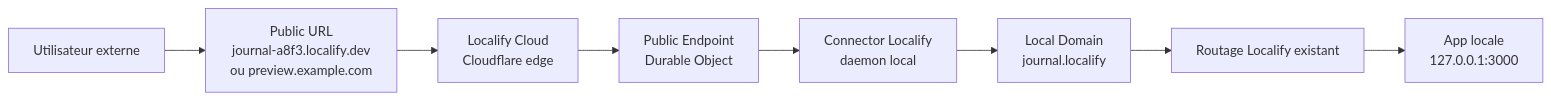
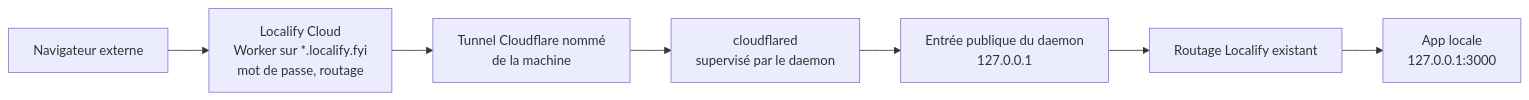
The seventh of 7 diagrams in docs/localify-technical-overview.md (Synapsr/Localify), drawn with Mermaid before and after one commit. The commit also changed other lines of this file and 13 other files, not shown here.

First line of the commit message:
docs: design public URLs on named Cloudflare tunnels

````diff
--- a/docs/localify-technical-overview.md
+++ b/docs/localify-technical-overview.md
@@ -253,14 +253,12 @@
 ```mermaid
 flowchart LR
-  Internet["Utilisateur externe"]
-  PublicUrl["Public URL<br/>journal-a8f3.localify.dev<br/>ou preview.example.com"]
-  Edge["Localify Cloud<br/>Cloudflare edge"]
-  Endpoint["Public Endpoint<br/>Durable Object"]
-  Connector["Connector Localify<br/>daemon local"]
-  LocalDomain["Local Domain<br/>journal.localify"]
+  Internet["Navigateur externe"]
+  Worker["Localify Cloud<br/>Worker sur *.localify.fyi<br/>mot de passe, routage"]
+  Tunnel["Tunnel Cloudflare nommé<br/>de la machine"]
+  Cloudflared["cloudflared<br/>supervisé par le daemon"]
+  Ingress["Entrée publique du daemon<br/>127.0.0.1"]
   LocalRouter["Routage Localify existant"]
   Target["App locale<br/>127.0.0.1:3000"]
 
-  Internet --> PublicUrl --> Edge --> Endpoint --> Connector
-  Connector --> LocalDomain --> LocalRouter --> Target
+  Internet --> Worker --> Tunnel --> Cloudflared --> Ingress --> LocalRouter --> Target
 ```
````
